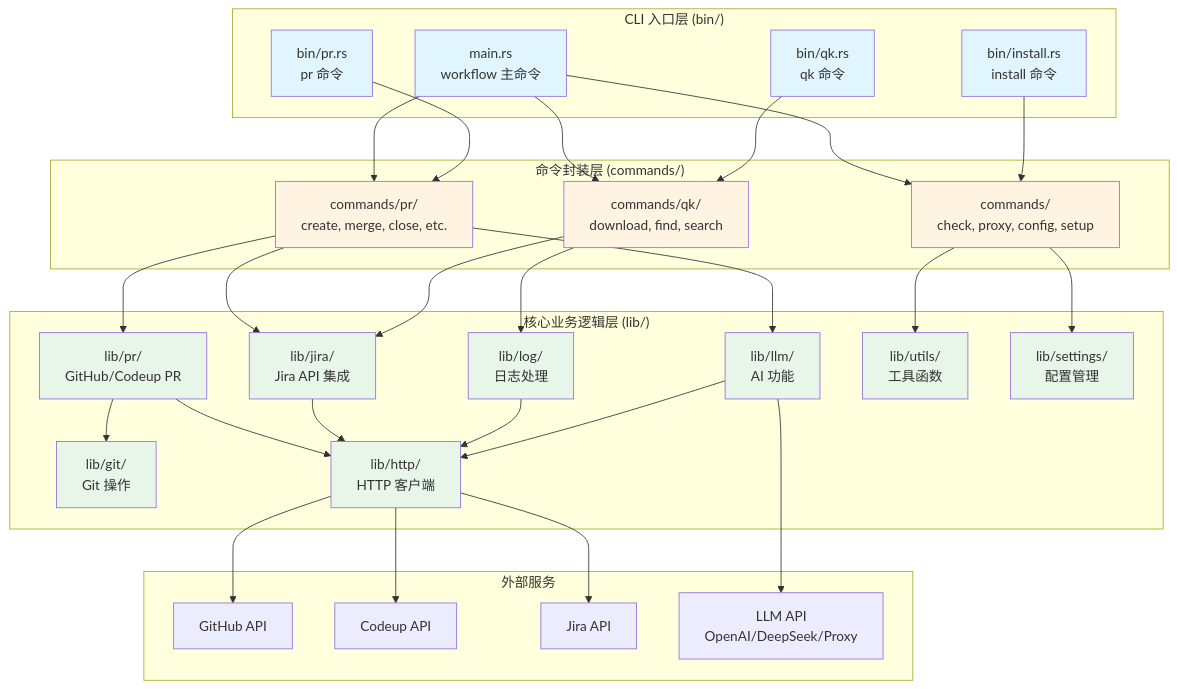
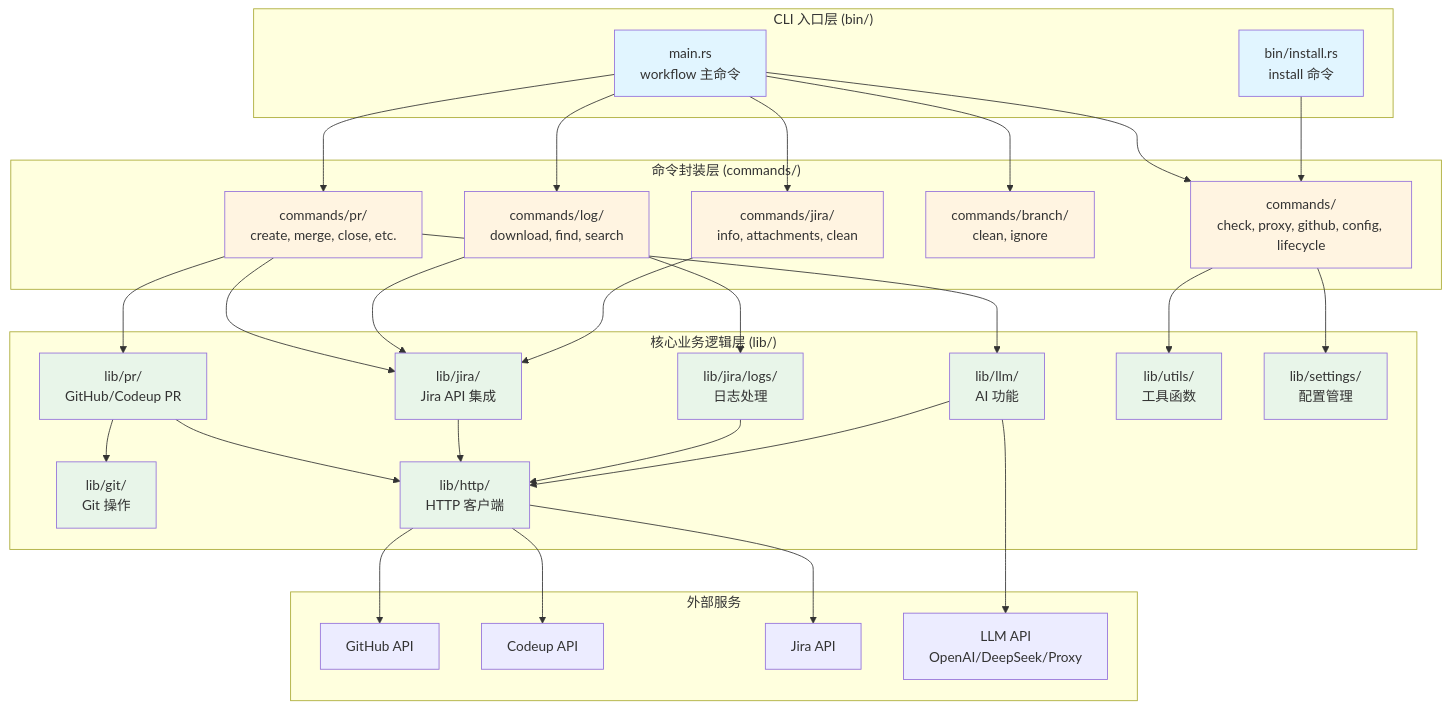
One commit to zevwings/workflow.rs changed the diagram in README.md. Above: the diagram before and after it, drawn with Mermaid. The commit also changed other lines of this file and 211 other files, not shown here.

````diff
--- a/README.md
+++ b/README.md
@@ -76,74 +412,75 @@
 ```mermaid
 graph TB
     subgraph "CLI 入口层 (bin/)"
         Main[main.rs<br/>workflow 主命令]
-        PRBin[bin/pr.rs<br/>pr 命令]
-        QKBin[bin/qk.rs<br/>qk 命令]
         InstallBin[bin/install.rs<br/>install 命令]
     end
 
     subgraph "命令封装层 (commands/)"
         PRCmd[commands/pr/<br/>create, merge, close, etc.]
-        QKCmd[commands/qk/<br/>download, find, search]
-        OtherCmd[commands/<br/>check, proxy, config, setup]
+        LogCmd[commands/log/<br/>download, find, search]
+        JiraCmd[commands/jira/<br/>info, attachments, clean]
+        BranchCmd[commands/branch/<br/>clean, ignore]
+        OtherCmd[commands/<br/>check, proxy, github, config, lifecycle]
     end
 
     subgraph "核心业务逻辑层 (lib/)"
         PRLib[lib/pr/<br/>GitHub/Codeup PR]
         JiraLib[lib/jira/<br/>Jira API 集成]
-        LogLib[lib/log/<br/>日志处理]
+        LogLib[lib/jira/logs/<br/>日志处理]
         LLMLib[lib/llm/<br/>AI 功能]
         GitLib[lib/git/<br/>Git 操作]
         HttpLib[lib/http/<br/>HTTP 客户端]
         UtilsLib[lib/utils/<br/>工具函数]
         SettingsLib[lib/settings/<br/>配置管理]
     end
 
     subgraph "外部服务"
         GitHub[GitHub API]
         Codeup[Codeup API]
         Jira[Jira API]
         LLM[LLM API<br/>OpenAI/DeepSeek/Proxy]
     end
 
     Main --> PRCmd
-    Main --> QKCmd
+    Main --> LogCmd
+    Main --> JiraCmd
+    Main --> BranchCmd
     Main --> OtherCmd
-    PRBin --> PRCmd
-    QKBin --> QKCmd
     InstallBin --> OtherCmd
 
     PRCmd --> PRLib
     PRCmd --> LLMLib
     PRCmd --> JiraLib
-    QKCmd --> LogLib
-    QKCmd --> JiraLib
+    LogCmd --> LogLib
+    LogCmd --> JiraLib
+    JiraCmd --> JiraLib
     OtherCmd --> UtilsLib
     OtherCmd --> SettingsLib
 
     PRLib --> HttpLib
     PRLib --> GitLib
     JiraLib --> HttpLib
     LogLib --> HttpLib
     LLMLib --> HttpLib
     HttpLib --> GitHub
     HttpLib --> Codeup
     HttpLib --> Jira
     LLMLib --> LLM
 
     style Main fill:#e1f5ff
-    style PRBin fill:#e1f5ff
-    style QKBin fill:#e1f5ff
     style InstallBin fill:#e1f5ff
     style PRCmd fill:#fff4e1
-    style QKCmd fill:#fff4e1
+    style LogCmd fill:#fff4e1
+    style JiraCmd fill:#fff4e1
+    style BranchCmd fill:#fff4e1
     style OtherCmd fill:#fff4e1
     style PRLib fill:#e8f5e9
     style JiraLib fill:#e8f5e9
     style LogLib fill:#e8f5e9
     style LLMLib fill:#e8f5e9
     style GitLib fill:#e8f5e9
     style HttpLib fill:#e8f5e9
     style UtilsLib fill:#e8f5e9
     style SettingsLib fill:#e8f5e9
 ```
````
